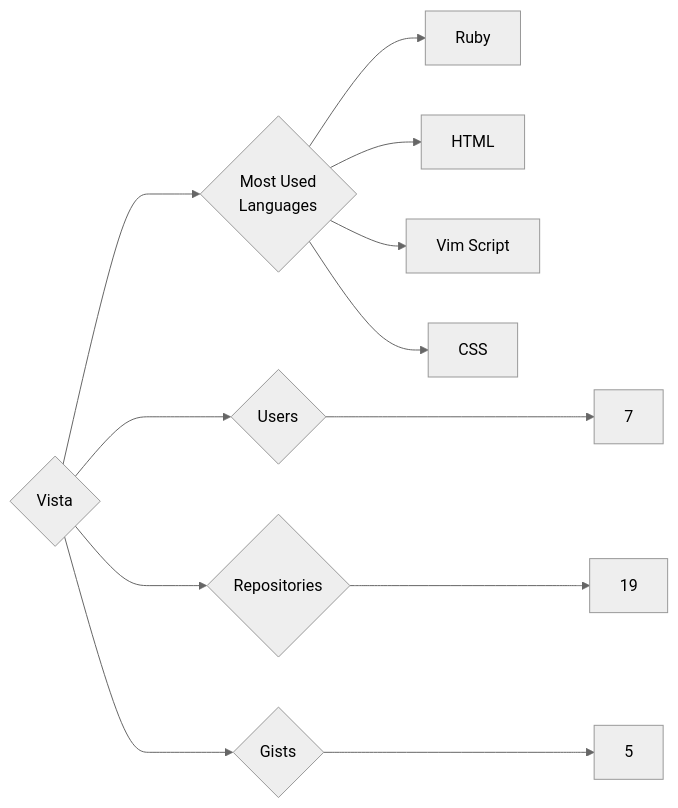
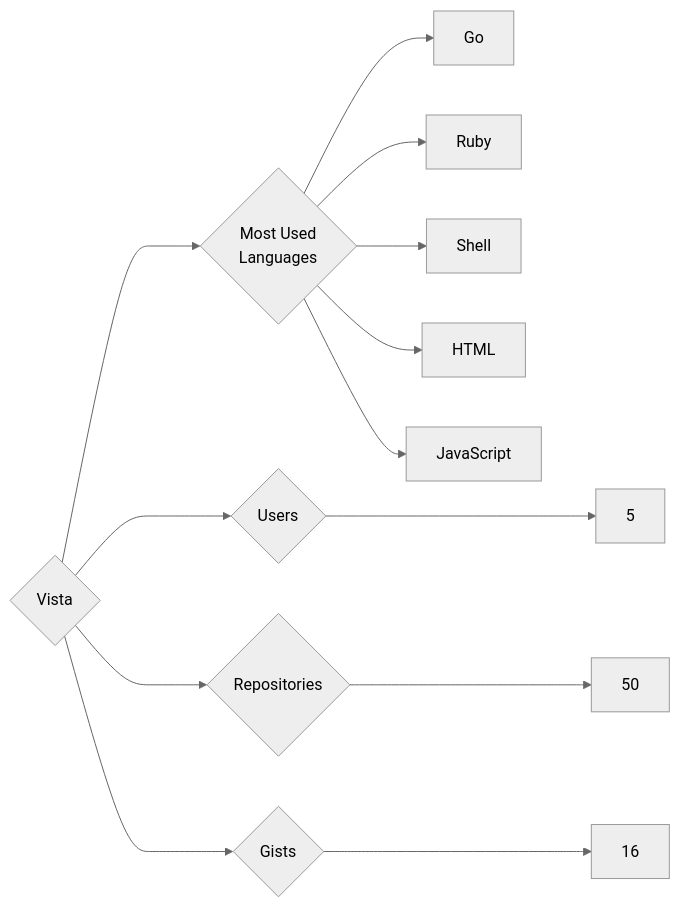
One commit to trickest/insiders changed the diagram in targets/Vista/README.md. Above: the diagram before and after it, drawn with Mermaid (neutral theme). The commit also changed 1479 other files, not shown here.

````diff
--- a/targets/Vista/README.md
+++ b/targets/Vista/README.md
@@ -3,12 +3,13 @@
 ```mermaid
 graph LR
 COMPANY_NAME{Vista}
-COMPANY_NAME ---> U{Users} ---> UN[7]
-COMPANY_NAME ---> R{Repositories} ---> RN[19]
-COMPANY_NAME ---> G{Gists} ---> GN[5]
+COMPANY_NAME ---> U{Users} ---> UN[5]
+COMPANY_NAME ---> R{Repositories} ---> RN[50]
+COMPANY_NAME ---> G{Gists} ---> GN[16]
 COMPANY_NAME ---> ML{Most Used<br>Languages}
+ML --> Go[Go]
 ML --> Ruby[Ruby]
+ML --> Shell[Shell]
 ML --> HTML[HTML]
-ML --> Vim_Script[Vim Script]
-ML --> CSS[CSS]
+ML --> JavaScript[JavaScript]
 ```
````
